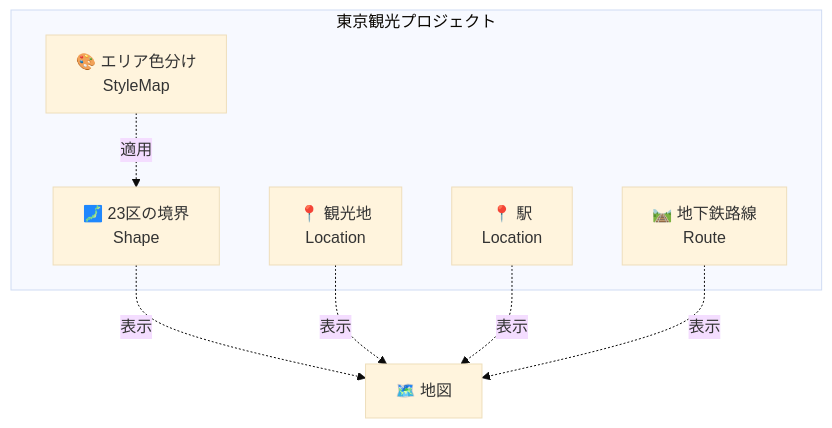
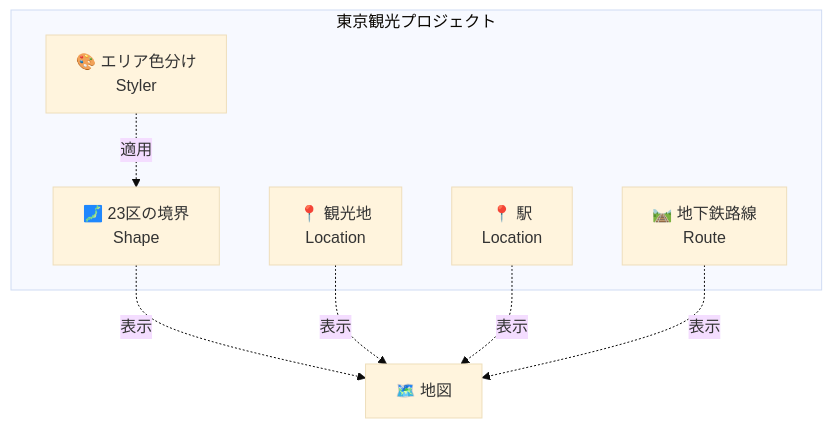
One commit to kubohiroya/hierarchidb changed the first of 17 diagrams in docs/USER_MANUAL_COMPREHENSIVE/03_PROJECT_AND_PROPERTYRESOLVER_GUIDE.md. Above: the diagram before and after it, drawn with Mermaid (base theme). The commit also changed other lines of this file and 267 other files, not shown here.

````diff
--- a/docs/USER_MANUAL_COMPREHENSIVE/03_PROJECT_AND_PROPERTYRESOLVER_GUIDE.md
+++ b/docs/USER_MANUAL_COMPREHENSIVE/03_PROJECT_AND_PROPERTYRESOLVER_GUIDE.md
@@ -21,16 +21,16 @@
 ```mermaid
 graph TB
     subgraph "東京観光プロジェクト"
         S[🗾 23区の境界<br/>Shape]
         L1[📍 観光地<br/>Location]
         L2[📍 駅<br/>Location]
         R[🛤️ 地下鉄路線<br/>Route]
-        Style[🎨 エリア色分け<br/>StyleMap]
+        Style[🎨 エリア色分け<br/>Styler]
     end
     
     S -.->|表示| Map[🗺️ 地図]
     L1 -.->|表示| Map
     L2 -.->|表示| Map
     R -.->|表示| Map
     Style -.->|適用| S
 ```
````
